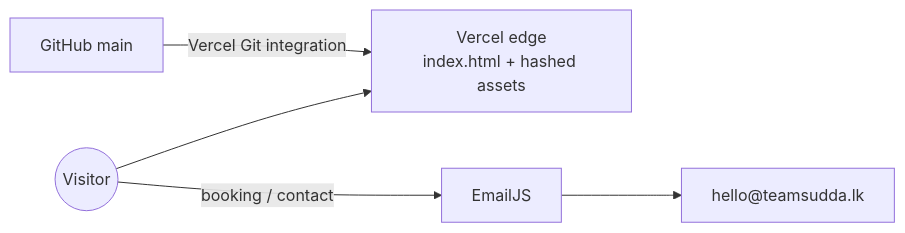
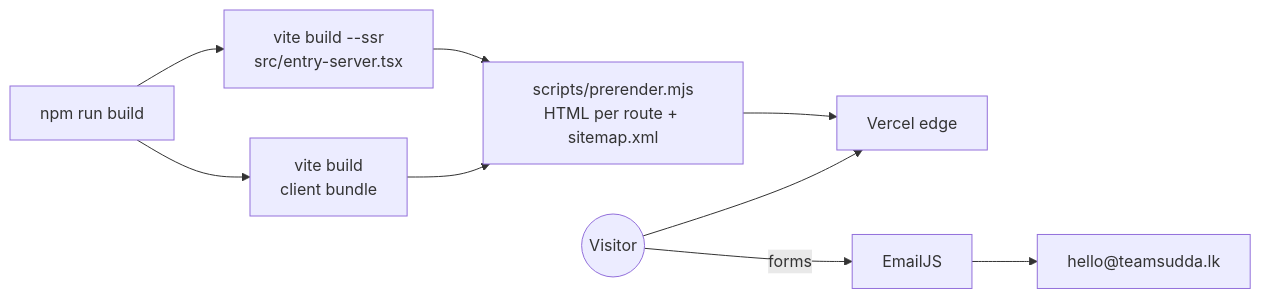
One commit to saadmaz/Team-Sudda changed the diagram in docs/ARCHITECTURE.md. Above: the diagram before and after it, drawn with Mermaid. The commit also changed other lines of this file and 7 other files, not shown here.

First line of the commit message:
docs: document the new architecture, content model and privacy changes

````diff
--- a/docs/ARCHITECTURE.md
+++ b/docs/ARCHITECTURE.md
@@ -13,6 +13,10 @@
 ```mermaid
 flowchart LR
-  Visitor((Visitor)) --> Vercel["Vercel edge<br/>index.html + hashed assets"]
-  Visitor -- booking / contact --> EmailJS["EmailJS"] --> Inbox["hello@teamsudda.lk"]
-  Repo["GitHub main"] -- Vercel Git integration --> Vercel
+  Build["npm run build"] --> Client["vite build<br/>client bundle"]
+  Build --> SSR["vite build --ssr<br/>src/entry-server.tsx"]
+  SSR --> Pre["scripts/prerender.mjs<br/>HTML per route + sitemap.xml"]
+  Client --> Pre
+  Pre --> Vercel["Vercel edge"]
+  Visitor((Visitor)) --> Vercel
+  Visitor -- forms --> EmailJS["EmailJS"] --> Inbox["hello@teamsudda.lk"]
 ```
````
